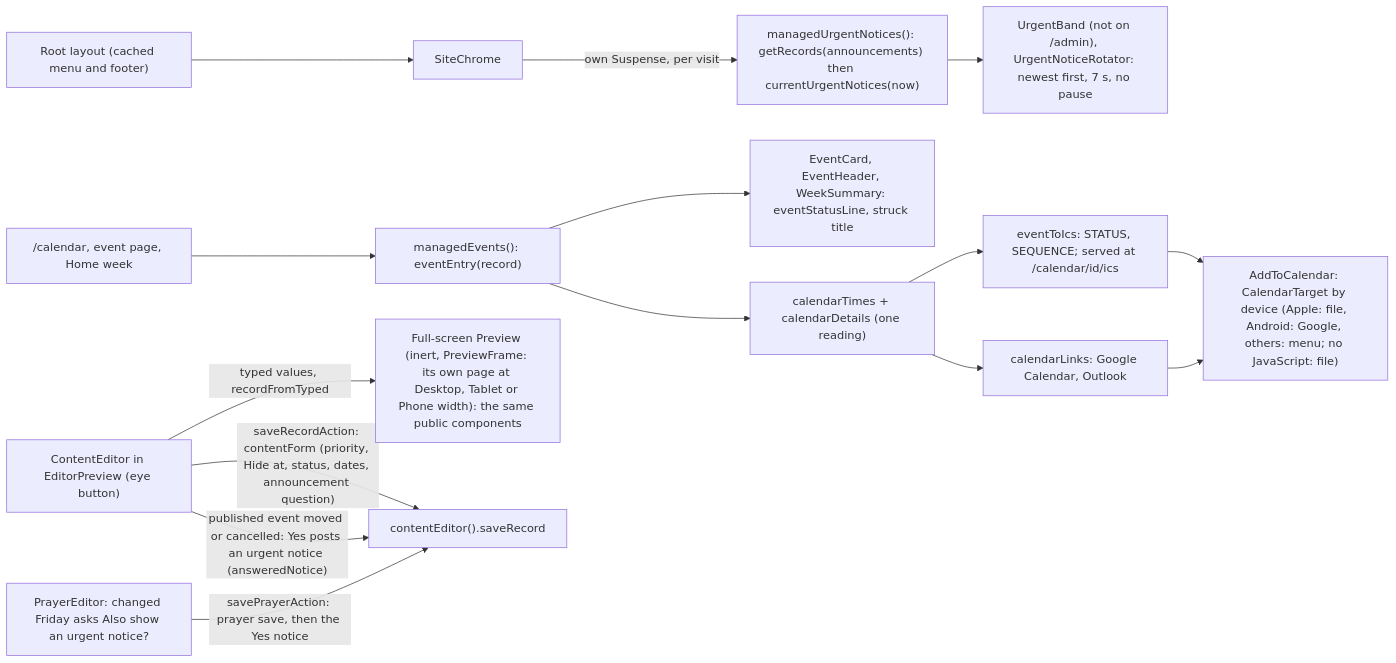
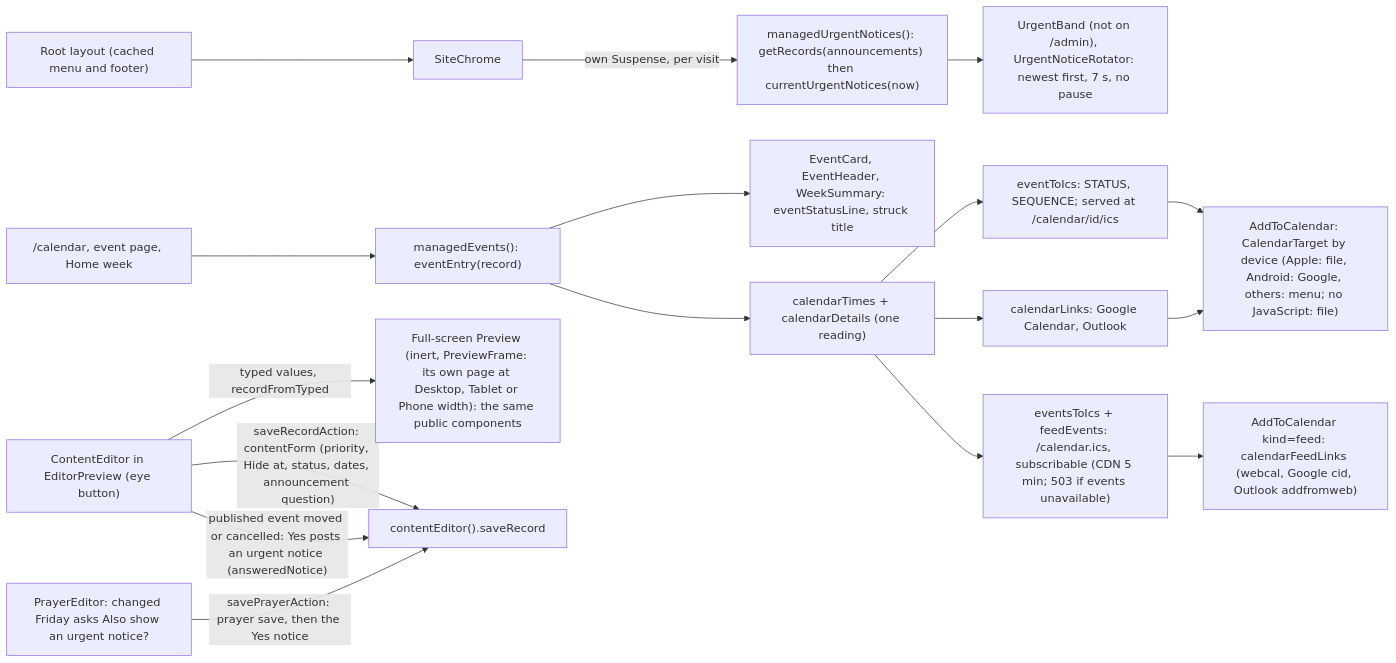
One commit to SGU-MSA/sgu-msa-site changed the ninth of 22 diagrams in docs/architecture.md. Above: the diagram before and after it, drawn with Mermaid. The commit also changed 13 other files, not shown here.

Commit message:
feat(calendar): subscribable events feed at /calendar.ics with Subscribe button

````diff
--- a/docs/architecture.md
+++ b/docs/architecture.md
@@ -231,17 +231,19 @@
 ```mermaid
 flowchart LR
   layout["Root layout (cached menu and footer)"] --> chrome["SiteChrome"]
   chrome -->|"own Suspense, per visit"| mu["managedUrgentNotices(): getRecords(announcements) then currentUrgentNotices(now)"]
   mu --> band["UrgentBand (not on /admin), UrgentNoticeRotator: newest first, 7 s, no pause"]
   pages["/calendar, event page, Home week"] --> me["managedEvents(): eventEntry(record)"]
   me --> views["EventCard, EventHeader, WeekSummary: eventStatusLine, struck title"]
   me --> times["calendarTimes + calendarDetails (one reading)"]
   times --> ics["eventToIcs: STATUS, SEQUENCE; served at /calendar/id/ics"]
   times --> links["calendarLinks: Google Calendar, Outlook"]
+  times --> feed["eventsToIcs + feedEvents: /calendar.ics, subscribable (CDN 5 min; 503 if events unavailable)"]
+  feed --> sub["AddToCalendar kind=feed: calendarFeedLinks (webcal, Google cid, Outlook addfromweb)"]
   ics --> add["AddToCalendar: CalendarTarget by device (Apple: file, Android: Google, others: menu; no JavaScript: file)"]
   links --> add
   editor["ContentEditor in EditorPreview (eye button)"] -->|"typed values, recordFromTyped"| preview["Full-screen Preview (inert, PreviewFrame: its own page at Desktop, Tablet or Phone width): the same public components"]
   editor -->|"saveRecordAction: contentForm (priority, Hide at, status, dates, announcement question)"| ce["contentEditor().saveRecord"]
   prayer["PrayerEditor: changed Friday asks Also show an urgent notice?"] -->|"savePrayerAction: prayer save, then the Yes notice"| ce
   editor -->|"published event moved or cancelled: Yes posts an urgent notice (answeredNotice)"| ce
 ```
````
